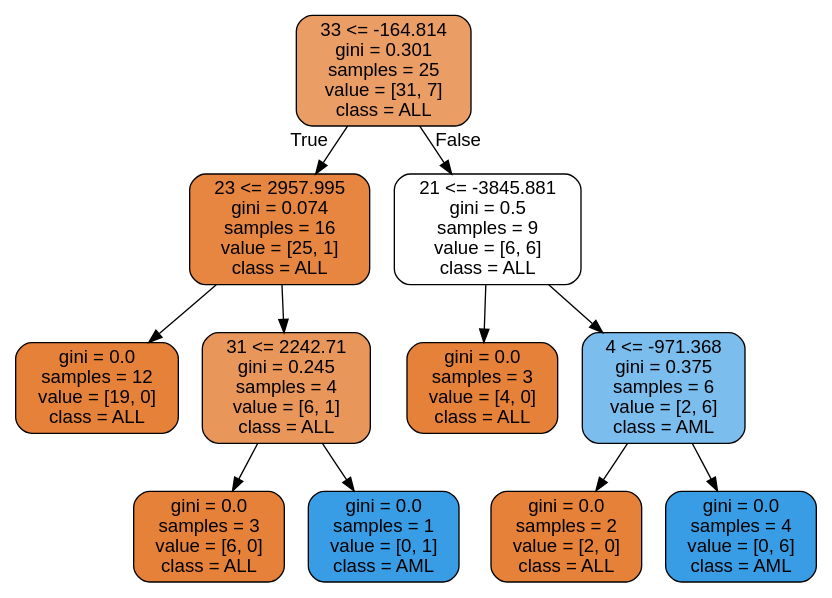
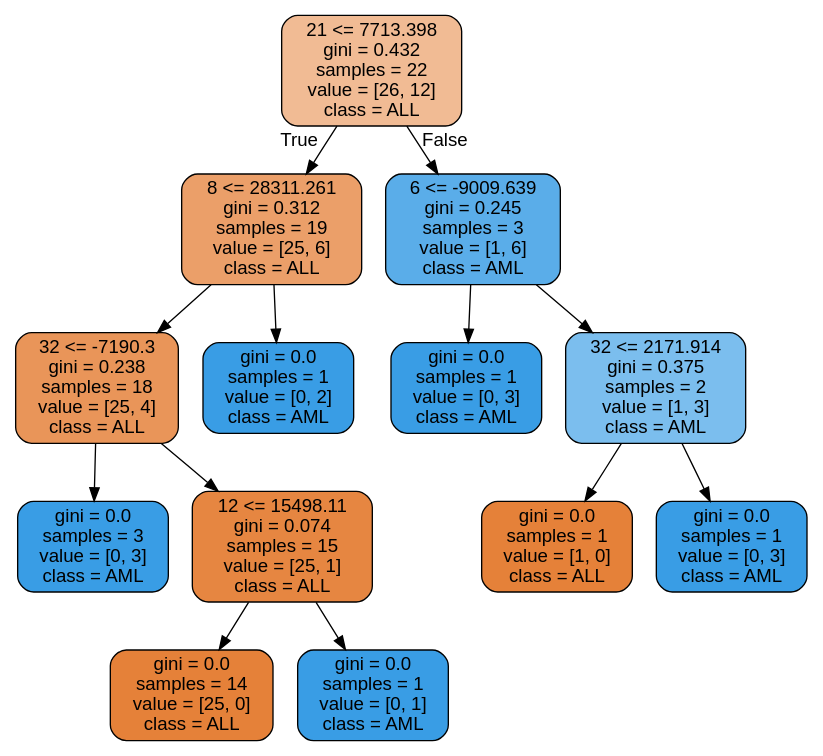
Before and after one commit to CornelisseMichael/Datamining: the diagram in project/images/random_forrest.dot, drawn with Graphviz. The commit also changed 12 other files, not shown here.

```diff
--- a/project/images/random_forrest.dot
+++ b/project/images/random_forrest.dot
@@ -1,25 +1,29 @@
 digraph Tree {
 node [shape=box, style="filled, rounded", color="black", fontname=helvetica] ;
 edge [fontname=helvetica] ;
-0 [label="33 <= -164.814\ngini = 0.301\nsamples = 25\nvalue = [31, 7]\nclass = ALL", fillcolor="#eb9d66"] ;
-1 [label="23 <= 2957.995\ngini = 0.074\nsamples = 16\nvalue = [25, 1]\nclass = ALL", fillcolor="#e68641"] ;
+0 [label="21 <= 7713.398\ngini = 0.432\nsamples = 22\nvalue = [26, 12]\nclass = ALL", fillcolor="#f1bb94"] ;
+1 [label="8 <= 28311.261\ngini = 0.312\nsamples = 19\nvalue = [25, 6]\nclass = ALL", fillcolor="#eb9f69"] ;
 0 -> 1 [labeldistance=2.5, labelangle=45, headlabel="True"] ;
-2 [label="gini = 0.0\nsamples = 12\nvalue = [19, 0]\nclass = ALL", fillcolor="#e58139"] ;
+2 [label="32 <= -7190.3\ngini = 0.238\nsamples = 18\nvalue = [25, 4]\nclass = ALL", fillcolor="#e99559"] ;
 1 -> 2 ;
-3 [label="31 <= 2242.71\ngini = 0.245\nsamples = 4\nvalue = [6, 1]\nclass = ALL", fillcolor="#e9965a"] ;
-1 -> 3 ;
-4 [label="gini = 0.0\nsamples = 3\nvalue = [6, 0]\nclass = ALL", fillcolor="#e58139"] ;
-3 -> 4 ;
-5 [label="gini = 0.0\nsamples = 1\nvalue = [0, 1]\nclass = AML", fillcolor="#399de5"] ;
-3 -> 5 ;
-6 [label="21 <= -3845.881\ngini = 0.5\nsamples = 9\nvalue = [6, 6]\nclass = ALL", fillcolor="#ffffff"] ;
-0 -> 6 [labeldistance=2.5, labelangle=-45, headlabel="False"] ;
-7 [label="gini = 0.0\nsamples = 3\nvalue = [4, 0]\nclass = ALL", fillcolor="#e58139"] ;
-6 -> 7 ;
-8 [label="4 <= -971.368\ngini = 0.375\nsamples = 6\nvalue = [2, 6]\nclass = AML", fillcolor="#7bbeee"] ;
-6 -> 8 ;
-9 [label="gini = 0.0\nsamples = 2\nvalue = [2, 0]\nclass = ALL", fillcolor="#e58139"] ;
+3 [label="gini = 0.0\nsamples = 3\nvalue = [0, 3]\nclass = AML", fillcolor="#399de5"] ;
+2 -> 3 ;
+4 [label="12 <= 15498.11\ngini = 0.074\nsamples = 15\nvalue = [25, 1]\nclass = ALL", fillcolor="#e68641"] ;
+2 -> 4 ;
+5 [label="gini = 0.0\nsamples = 14\nvalue = [25, 0]\nclass = ALL", fillcolor="#e58139"] ;
+4 -> 5 ;
+6 [label="gini = 0.0\nsamples = 1\nvalue = [0, 1]\nclass = AML", fillcolor="#399de5"] ;
+4 -> 6 ;
+7 [label="gini = 0.0\nsamples = 1\nvalue = [0, 2]\nclass = AML", fillcolor="#399de5"] ;
+1 -> 7 ;
+8 [label="6 <= -9009.639\ngini = 0.245\nsamples = 3\nvalue = [1, 6]\nclass = AML", fillcolor="#5aade9"] ;
+0 -> 8 [labeldistance=2.5, labelangle=-45, headlabel="False"] ;
+9 [label="gini = 0.0\nsamples = 1\nvalue = [0, 3]\nclass = AML", fillcolor="#399de5"] ;
 8 -> 9 ;
-10 [label="gini = 0.0\nsamples = 4\nvalue = [0, 6]\nclass = AML", fillcolor="#399de5"] ;
+10 [label="32 <= 2171.914\ngini = 0.375\nsamples = 2\nvalue = [1, 3]\nclass = AML", fillcolor="#7bbeee"] ;
 8 -> 10 ;
+11 [label="gini = 0.0\nsamples = 1\nvalue = [1, 0]\nclass = ALL", fillcolor="#e58139"] ;
+10 -> 11 ;
+12 [label="gini = 0.0\nsamples = 1\nvalue = [0, 3]\nclass = AML", fillcolor="#399de5"] ;
+10 -> 12 ;
 }
```
